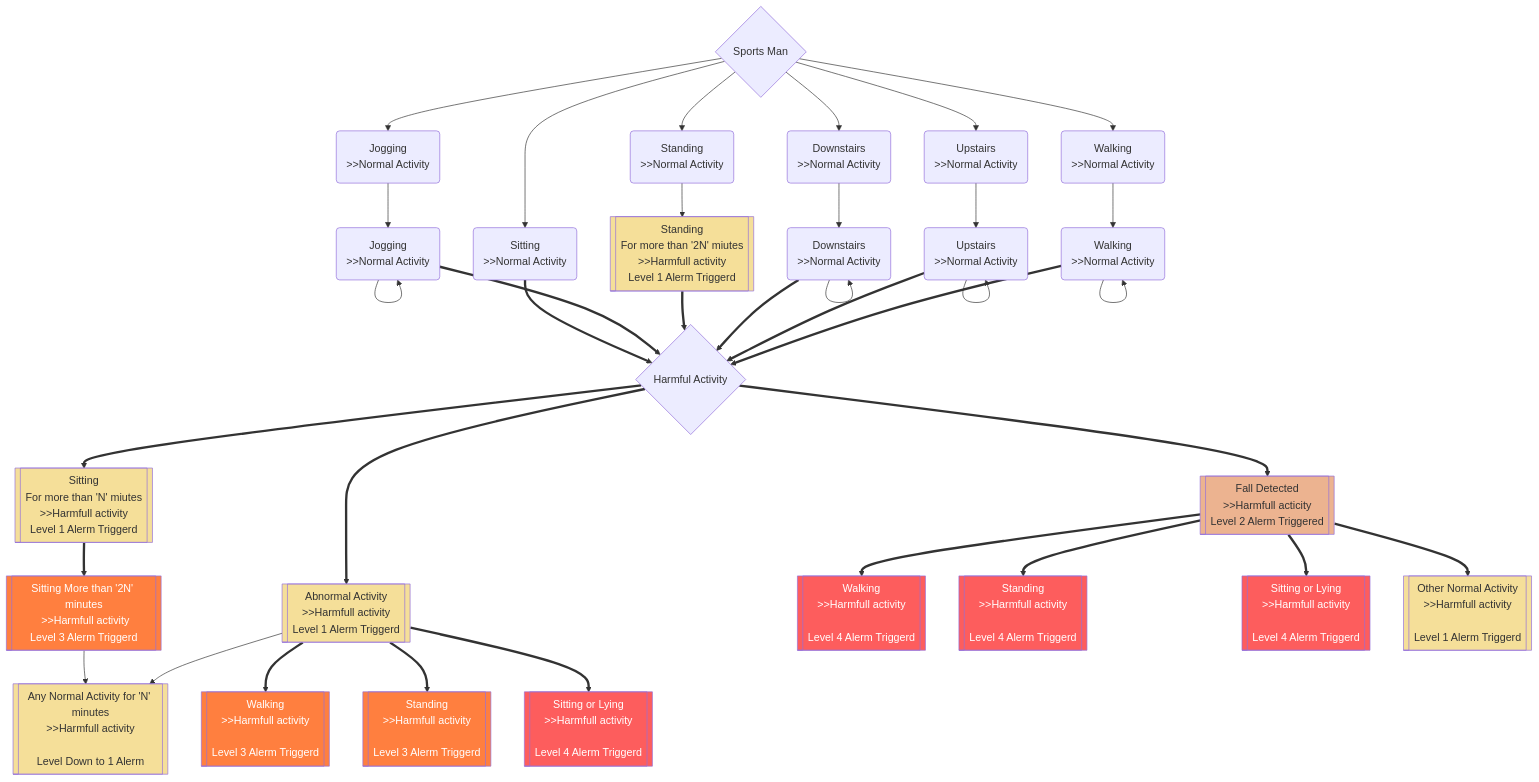
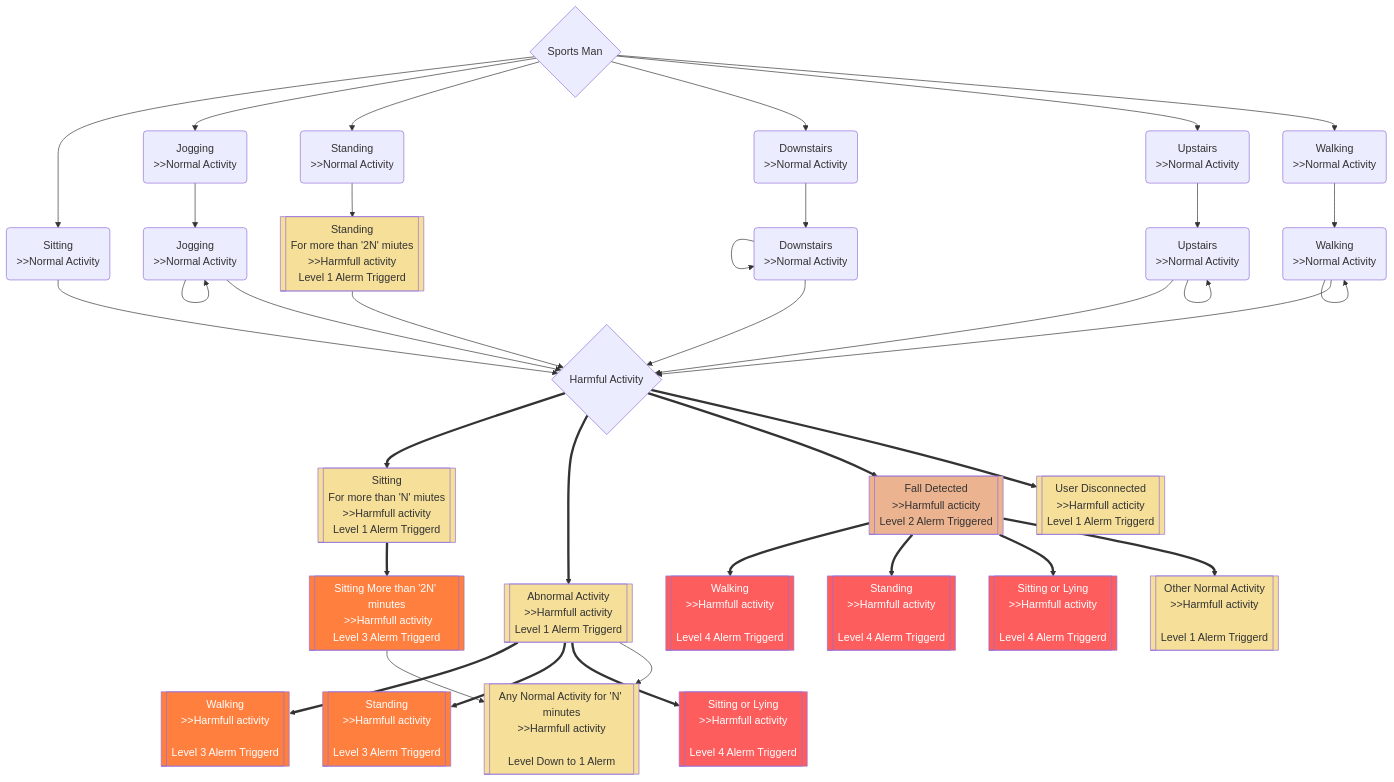
One commit to nuruddinsayeed/sports_monitor changed the diagram in ProjectArchitecture/AlermCriteria.md. Above: the diagram before and after it, drawn with Mermaid.

Commit message:
Defination Arch of alerm updated

````diff
--- a/ProjectArchitecture/AlermCriteria.md
+++ b/ProjectArchitecture/AlermCriteria.md
@@ -3,48 +3,48 @@
 ```mermaid
     flowchart
-   classDef LevelOne fill:#F5DF99;
-   classDef LevelTwo fill:#ECB390;
-   classDef LevelThree fill:#FF7F3F,color:#fff;
-   classDef LevelFour fill:#FD5D5D,color:#fff;
+        classDef LevelOne fill:#F5DF99;
+        classDef LevelTwo fill:#ECB390;
+        classDef LevelThree fill:#FF7F3F,color:#fff;
+        classDef LevelFour fill:#FD5D5D,color:#fff;
 
-   0{Sports Man} --> 1(Sitting\n>>Normal Activity) & 2(Jogging\n>>Normal Activity) & 3(Standing\n>>Normal Activity) & 4(Downstairs\n>>Normal Activity)
-   0 --> 6(Upstairs\n>>Normal Activity) & 7(Walking\n>>Normal Activity)
+        0{Sports Man} --> 1(Sitting\n>>Normal Activity) & 2(Jogging\n>>Normal Activity) & 3(Standing\n>>Normal Activity) & 4(Downstairs\n>>Normal Activity)
+        0 --> 6(Upstairs\n>>Normal Activity) & 7(Walking\n>>Normal Activity)
 
-   8:::LevelOne
-   9:::LevelTwo
+        8:::LevelOne
+        9:::LevelTwo
 
-   2 --> 200(Jogging\n>>Normal Activity) --> 200
-   3 --> 300[[Standing\nFor more than '2N' miutes\n >>Harmfull activity\nLevel 1 Alerm Triggerd]]:::LevelOne
+        2 --> 200(Jogging\n>>Normal Activity) --> 200
+        3 --> 300[[Standing\nFor more than '2N' miutes\n >>Harmfull activity\nLevel 1 Alerm Triggerd]]:::LevelOne
 
-   4 --> 400(Downstairs\n>>Normal Activity) --> 400
-   6 --> 600(Upstairs\n>>Normal Activity) --> 600
-   7 --> 700(Walking\n>>Normal Activity) --> 700
+        4 --> 400(Downstairs\n>>Normal Activity) --> 400
+        6 --> 600(Upstairs\n>>Normal Activity) --> 600
+        7 --> 700(Walking\n>>Normal Activity) --> 700
 
-   H ==> 100[[Sitting\nFor more than 'N' miutes\n >>Harmfull activity\nLevel 1 Alerm Triggerd]]:::LevelOne
-   H{Harmful Activity} ==> 8[[Abnormal Activity \n >>Harmfull activity\nLevel 1 Alerm Triggerd]]
-   H ==> 9[[Fall Detected \n >>Harmfull acticity\n Level 2 Alerm Triggered]]
+        H ==> 100[[Sitting\nFor more than 'N' miutes\n >>Harmfull activity\nLevel 1 Alerm Triggerd]]:::LevelOne
+        H{Harmful Activity} ==> 8[[Abnormal Activity \n >>Harmfull activity\nLevel 1 Alerm Triggerd]]
+        H ==> 9[[Fall Detected \n >>Harmfull acticity\n Level 2 Alerm Triggered]]
+        H ==> H2[[User Disconnected \n>>Harmfull acticity\nLevel 1 Alerm Triggerd]]:::LevelOne
 
-   1 ==> H
-   200 ==> H
-   300 ==> H
-   400 ==> H
-   600 ==> H
-   700 ==> H
+        1 --> H
+        200 --> H
+        300 --> H
+        400 --> H
+        600 --> H
+        700 --> H
 
-   100 ==> 101[[Sitting More than '2N' minutes\n >>Harmfull activity\nLevel 3 Alerm Triggerd]]:::LevelThree
-   8 ==> 800[[Walking \n>>Harmfull activity\n\nLevel 3 Alerm Triggerd]]:::LevelThree
-   8 ==> 801[[Standing \n>>Harmfull activity\n\nLevel 3 Alerm Triggerd]]:::LevelThree
-   8 ==> 802[[Sitting or Lying \n>>Harmfull activity\n\nLevel 4 Alerm Triggerd]]:::LevelFour
+        100 ==> 101[[Sitting More than '2N' minutes\n >>Harmfull activity\nLevel 3 Alerm Triggerd]]:::LevelThree
+        8 ==> 800[[Walking \n>>Harmfull activity\n\nLevel 3 Alerm Triggerd]]:::LevelThree
+        8 ==> 801[[Standing \n>>Harmfull activity\n\nLevel 3 Alerm Triggerd]]:::LevelThree
+        8 ==> 802[[Sitting or Lying \n>>Harmfull activity\n\nLevel 4 Alerm Triggerd]]:::LevelFour
 
-   9 ==> 900[[Walking \n>>Harmfull activity\n\nLevel 4 Alerm Triggerd]]:::LevelFour
-   9 ==> 901[[Standing \n>>Harmfull activity\n\nLevel 4 Alerm Triggerd]]:::LevelFour
-   9 ==> 902[[Sitting or Lying \n>>Harmfull activity\n\nLevel 4 Alerm Triggerd]]:::LevelFour
-   9 ==> 903[[Other Normal Activity \n>>Harmfull activity\n\nLevel 1 Alerm Triggerd]]:::LevelOne
+        9 ==> 900[[Walking \n>>Harmfull activity\n\nLevel 4 Alerm Triggerd]]:::LevelFour
+        9 ==> 901[[Standing \n>>Harmfull activity\n\nLevel 4 Alerm Triggerd]]:::LevelFour
+        9 ==> 902[[Sitting or Lying \n>>Harmfull activity\n\nLevel 4 Alerm Triggerd]]:::LevelFour
+        9 ==> 903[[Other Normal Activity \n>>Harmfull activity\n\nLevel 1 Alerm Triggerd]]:::LevelOne
 
 
-   H1[[Any Normal Activity for 'N' minutes\n>>Harmfull activity\n\nLevel Down to 1 Alerm]]:::LevelOne
-   101 --> H1
-   8 --> H1
-
+        H1[[Any Normal Activity for 'N' minutes\n>>Harmfull activity\n\nLevel Down to 1 Alerm]]:::LevelOne
+        101 --> H1
+        8 --> H1
 
 ```
````
